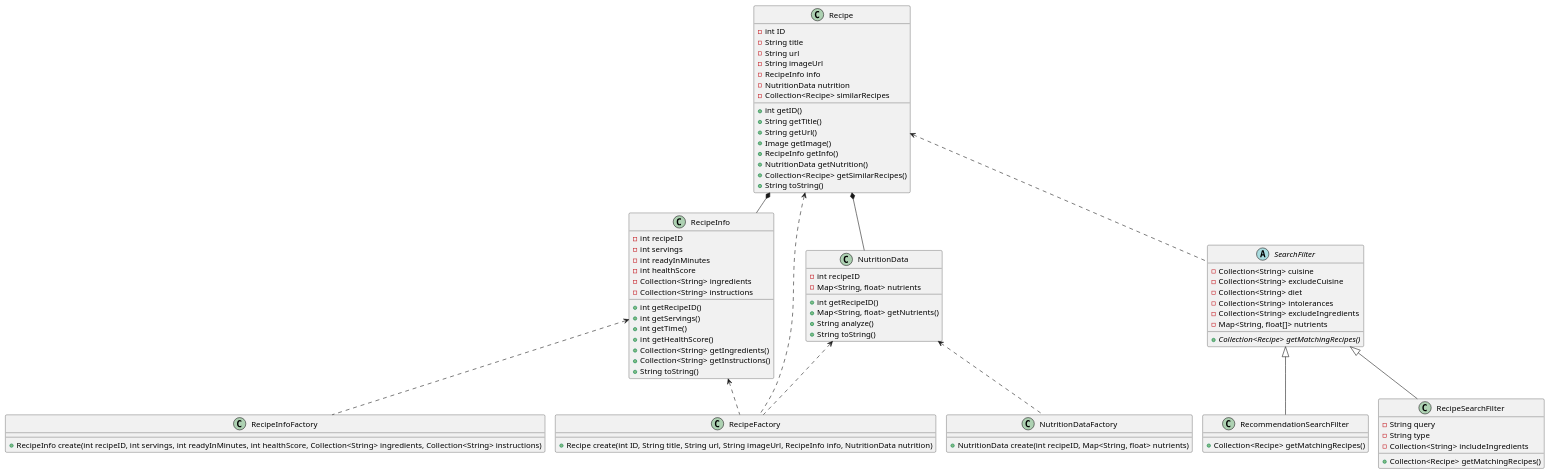
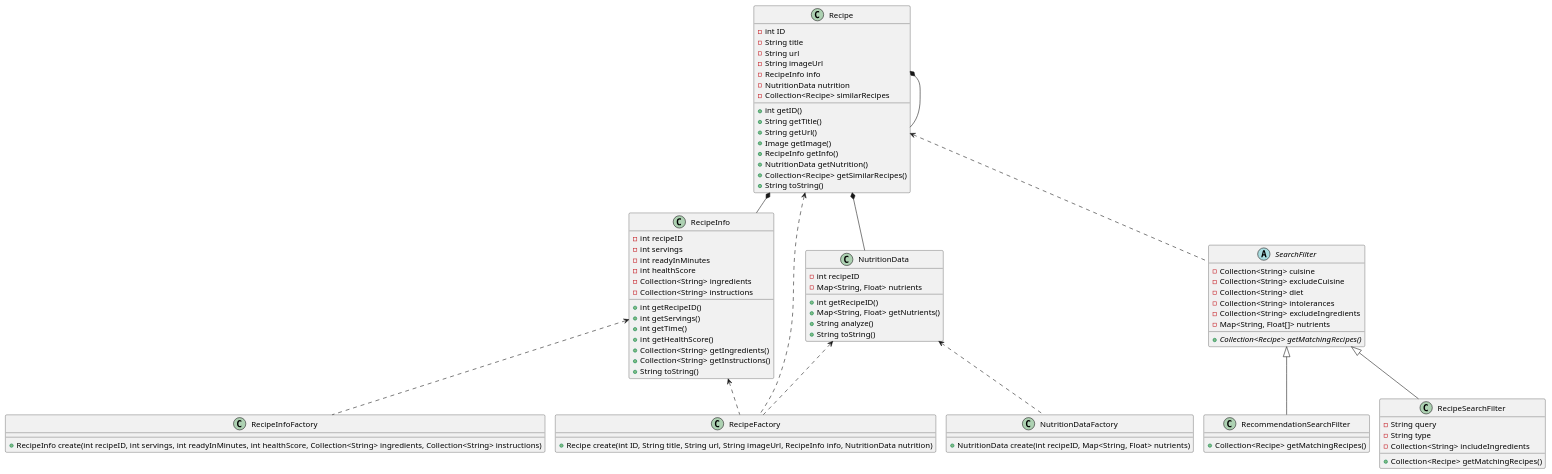
Before and after one commit to MariaMa-GitHub/hungreat: the diagram in UML diagrams/browseRecipes.puml, drawn with PlantUML. The commit also changed 7 other files, not shown here.

Commit message:
created core entity classes and modified UML diagram according to small changes made during the creation

```diff
--- a/UML diagrams/browseRecipes.puml
+++ b/UML diagrams/browseRecipes.puml
@@ -1,118 +1,119 @@
 @startuml
 
 !pragma layout smetana
 
 class RecipeFactory {
 
     + Recipe create(int ID, String title, String url, String imageUrl, RecipeInfo info, NutritionData nutrition)
 
 }
 
 class RecipeInfoFactory {
 
     + RecipeInfo create(int recipeID, int servings, int readyInMinutes, int healthScore, Collection<String> ingredients, Collection<String> instructions)
 
 }
 
 class NutritionDataFactory {
 
-    + NutritionData create(int recipeID, Map<String, float> nutrients)
+    + NutritionData create(int recipeID, Map<String, Float> nutrients)
 
 }
 
 class Recipe {
 
     - int ID
     - String title
     - String url
     - String imageUrl
     - RecipeInfo info
     - NutritionData nutrition
     - Collection<Recipe> similarRecipes
 
     + int getID()
     + String getTitle()
     + String getUrl()
     + Image getImage()
     + RecipeInfo getInfo()
     + NutritionData getNutrition()
     + Collection<Recipe> getSimilarRecipes()
     + String toString()
 
 }
 
 class RecipeInfo {
 
     - int recipeID
     - int servings
     - int readyInMinutes
     - int healthScore
     - Collection<String> ingredients
     - Collection<String> instructions
 
     + int getRecipeID()
     + int getServings()
     + int getTime()
     + int getHealthScore()
     + Collection<String> getIngredients()
     + Collection<String> getInstructions()
     + String toString()
 
 }
 
 class NutritionData {
 
     - int recipeID
-    - Map<String, float> nutrients
+    - Map<String, Float> nutrients
 
     + int getRecipeID()
-    + Map<String, float> getNutrients()
+    + Map<String, Float> getNutrients()
     + String analyze()
     + String toString()
 
 }
 
 abstract class SearchFilter {
 
     - Collection<String> cuisine
     - Collection<String> excludeCuisine
     - Collection<String> diet
     - Collection<String> intolerances
     - Collection<String> excludeIngredients
-    - Map<String, float[]> nutrients
+    - Map<String, Float[]> nutrients
 
     + {abstract} Collection<Recipe> getMatchingRecipes()
 
 }
 
 class RecipeSearchFilter {
 
     - String query
     - String type
     - Collection<String> includeIngredients
 
     + Collection<Recipe> getMatchingRecipes()
 
 }
 
 class RecommendationSearchFilter {
 
     + Collection<Recipe> getMatchingRecipes()
 
 }
 
+Recipe *-- Recipe
 Recipe <.. RecipeFactory
 RecipeInfo <.. RecipeFactory
 NutritionData <.. RecipeFactory
 RecipeInfo <.. RecipeInfoFactory
 NutritionData <.. NutritionDataFactory
 
 Recipe *-- RecipeInfo
 Recipe *-- NutritionData
 
 Recipe <.. SearchFilter
 
 SearchFilter <|-- RecipeSearchFilter
 SearchFilter <|-- RecommendationSearchFilter
 
 @enduml
```
